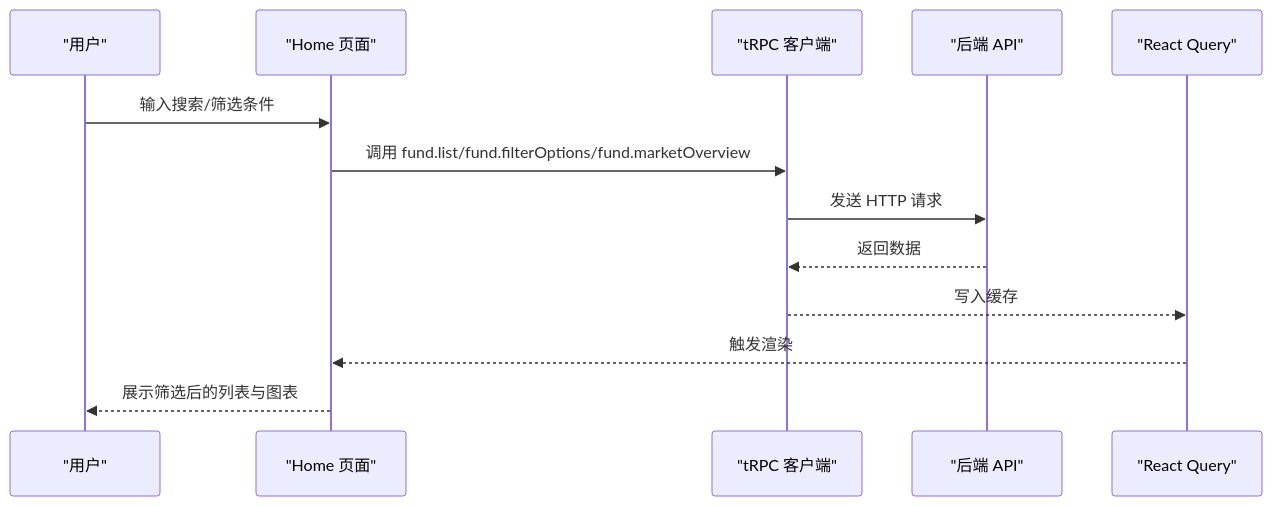
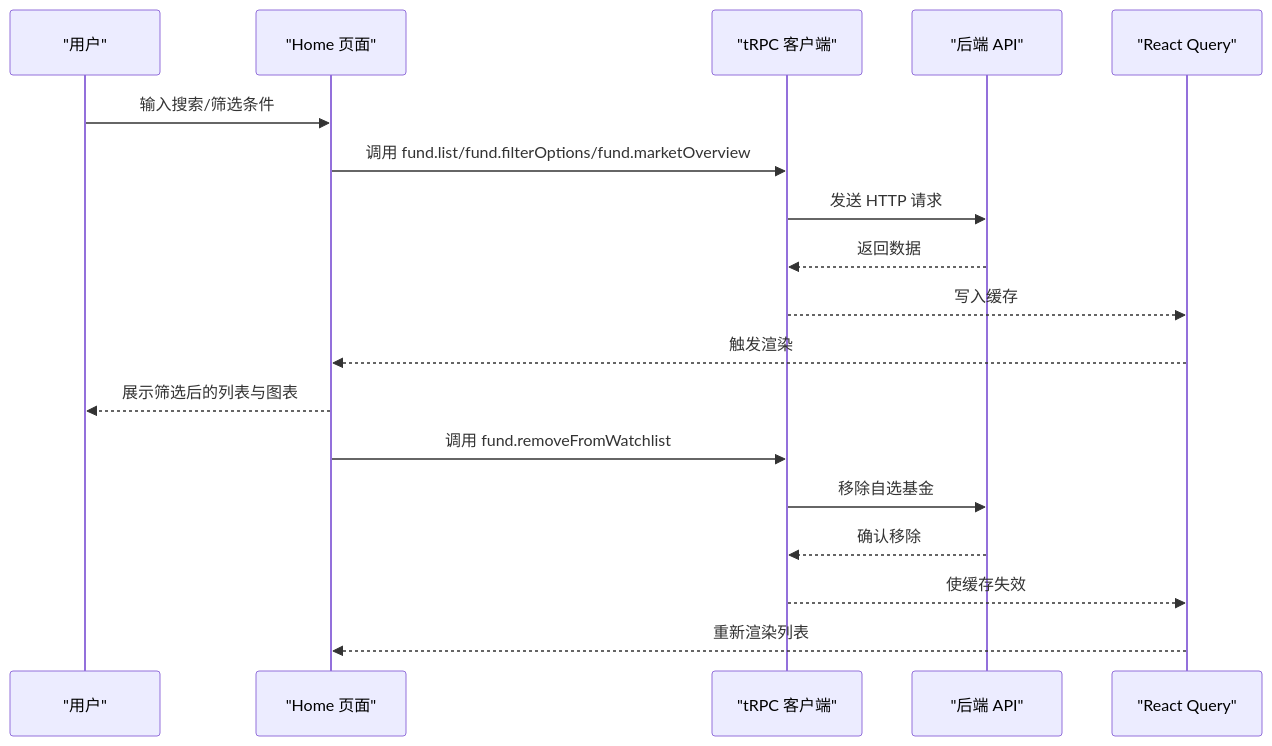
The second of 8 diagrams in .qoder/repowiki/zh/content/前端应用文档/页面组件系统.md (youkell85/FundTrader), drawn with Mermaid before and after one commit. The commit also changed other lines of this file and 11 other files, not shown here.

````diff
--- a/.qoder/repowiki/zh/content/前端应用文档/页面组件系统.md
+++ b/.qoder/repowiki/zh/content/前端应用文档/页面组件系统.md
@@ -114,15 +145,20 @@
 ```mermaid
 sequenceDiagram
 participant U as "用户"
 participant H as "Home 页面"
 participant T as "tRPC 客户端"
 participant S as "后端 API"
 participant Q as "React Query"
 U->>H : 输入搜索/筛选条件
 H->>T : 调用 fund.list/fund.filterOptions/fund.marketOverview
 T->>S : 发送 HTTP 请求
 S-->>T : 返回数据
 T-->>Q : 写入缓存
 Q-->>H : 触发渲染
 H-->>U : 展示筛选后的列表与图表
+H->>T : 调用 fund.removeFromWatchlist
+T->>S : 移除自选基金
+S-->>T : 确认移除
+T-->>Q : 使缓存失效
+Q-->>H : 重新渲染列表
 ```
````
